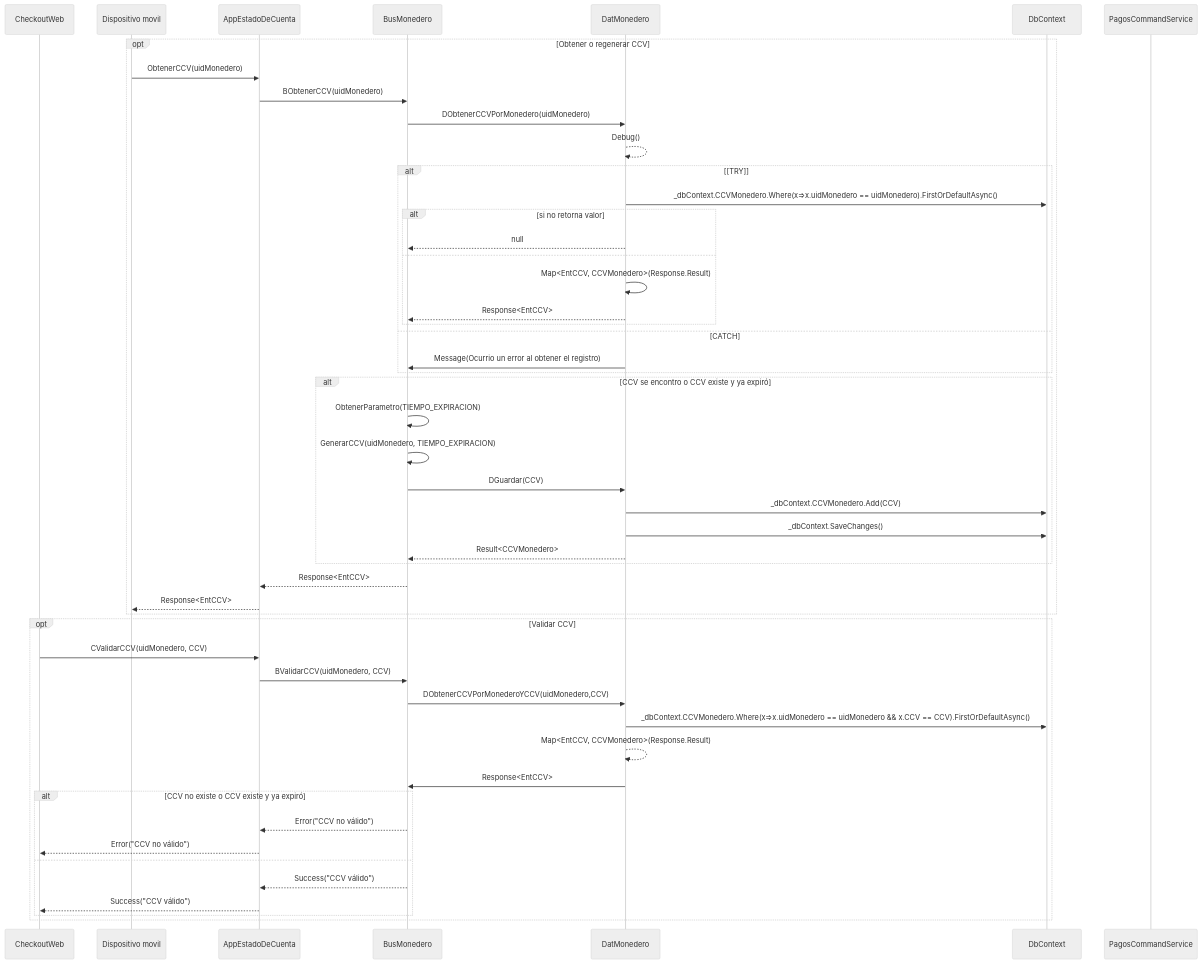
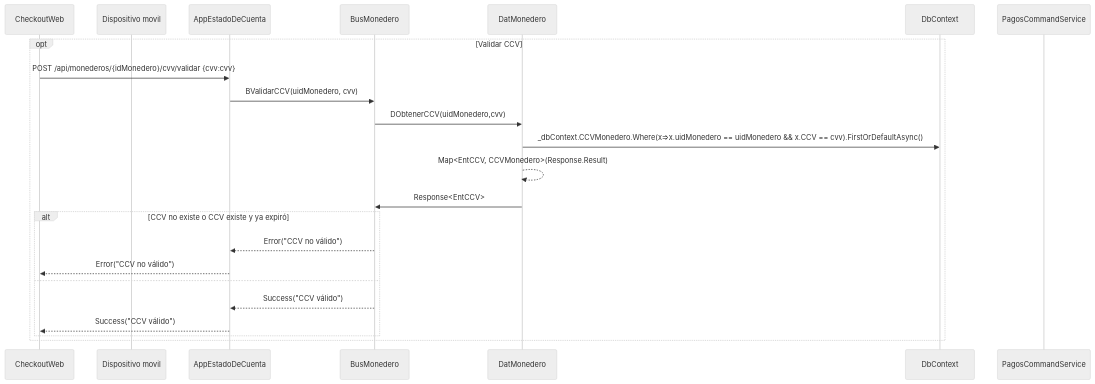
The diagram in mermaid-diagrams/diagrams/validarccv/diagram.mmd (ymanzon/mermaid-studio-diagrams), drawn with Mermaid (neutral theme) before and after one commit.

Commit message:
Mermaid Studio: update «ValidarCCV»

```diff
--- a/mermaid-diagrams/diagrams/validarccv/diagram.mmd
+++ b/mermaid-diagrams/diagrams/validarccv/diagram.mmd
@@ -1,52 +1,24 @@
 sequenceDiagram
     participant c2 as CheckoutWeb
     participant c1 as Dispositivo movil
     participant ms1 as AppEstadoDeCuenta
     participant buss1 as BusMonedero
     participant dat1 as DatMonedero
     participant DB as DbContext
     participant ms2 as PagosCommandService
 
-    opt Obtener o regenerar CCV 
-        c1->>ms1:ObtenerCCV(uidMonedero)
-        ms1->>buss1:BObtenerCCV(uidMonedero)
-        buss1->>dat1:DObtenerCCVPorMonedero(uidMonedero)
-        dat1-->>dat1:Debug()
-        alt [TRY]
-          dat1->>DB:_dbContext.CCVMonedero.Where(x=>x.uidMonedero == uidMonedero).FirstOrDefaultAsync()
-          alt si no retorna valor
-            dat1-->>buss1:null
-          else
-            dat1->>dat1:Map<EntCCV, CCVMonedero>(Response.Result)
-            dat1-->>buss1: Response<EntCCV>
-          end
-        else CATCH
-          dat1->>buss1:Message(Ocurrio un error al obtener el registro)
-        end
-        alt CCV se encontro o CCV existe y ya expiró
-            buss1->>buss1:ObtenerParametro(TIEMPO_EXPIRACION)
-            buss1->>buss1:GenerarCCV(uidMonedero, TIEMPO_EXPIRACION)
-            buss1->>dat1:DGuardar(CCV)
-            dat1->>DB:_dbContext.CCVMonedero.Add(CCV)
-            dat1->>DB:_dbContext.SaveChanges()
-            dat1-->>buss1:Result<CCVMonedero>
-        end
-        buss1-->>ms1:Response<EntCCV>
-        ms1-->>c1: Response<EntCCV>
-    end
-
     opt Validar CCV 
-        c2->>ms1: CValidarCCV(uidMonedero, CCV)
-        ms1->>buss1: BValidarCCV(uidMonedero, CCV)
-        buss1->>dat1: DObtenerCCVPorMonederoYCCV(uidMonedero,CCV)
-        dat1->>DB:_dbContext.CCVMonedero.Where(x=>x.uidMonedero == uidMonedero && x.CCV == CCV).FirstOrDefaultAsync()
+        c2->>ms1: POST	/api/monederos/{idMonedero}/cvv/validar {cvv:cvv}
+        ms1->>buss1: BValidarCCV(uidMonedero, cvv)
+        buss1->>dat1: DObtenerCCV(uidMonedero,cvv)
+        dat1->>DB:_dbContext.CCVMonedero.Where(x=>x.uidMonedero == uidMonedero && x.CCV == cvv).FirstOrDefaultAsync()
         dat1-->>dat1: Map<EntCCV, CCVMonedero>(Response.Result)
         dat1->>buss1:Response<EntCCV>
         alt CCV no existe o CCV existe y ya expiró
             buss1-->>ms1:Error("CCV no válido")
             ms1-->>c2:Error("CCV no válido")
         else
             buss1-->>ms1:Success("CCV válido")
             ms1-->>c2:Success("CCV válido")
         end
     end
```
